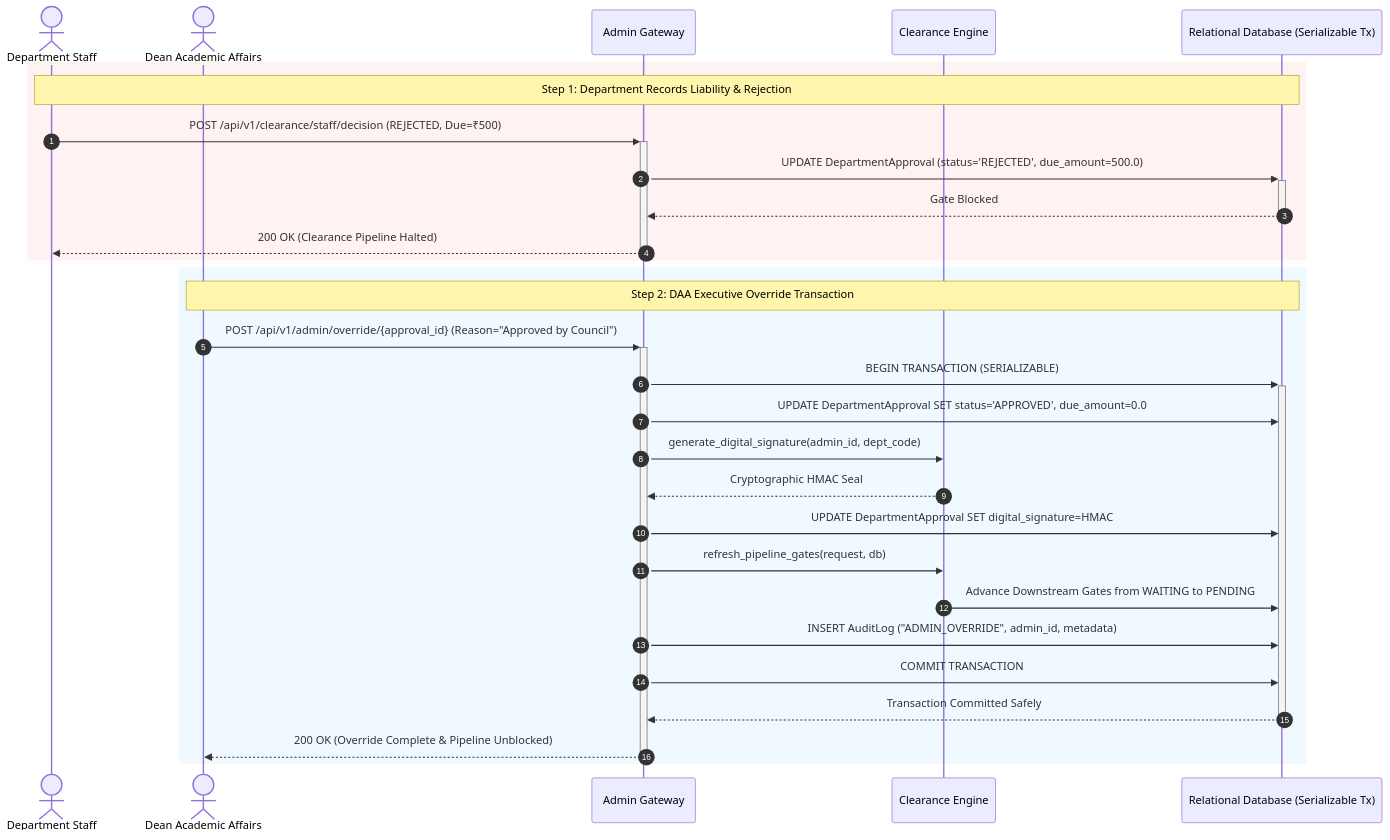
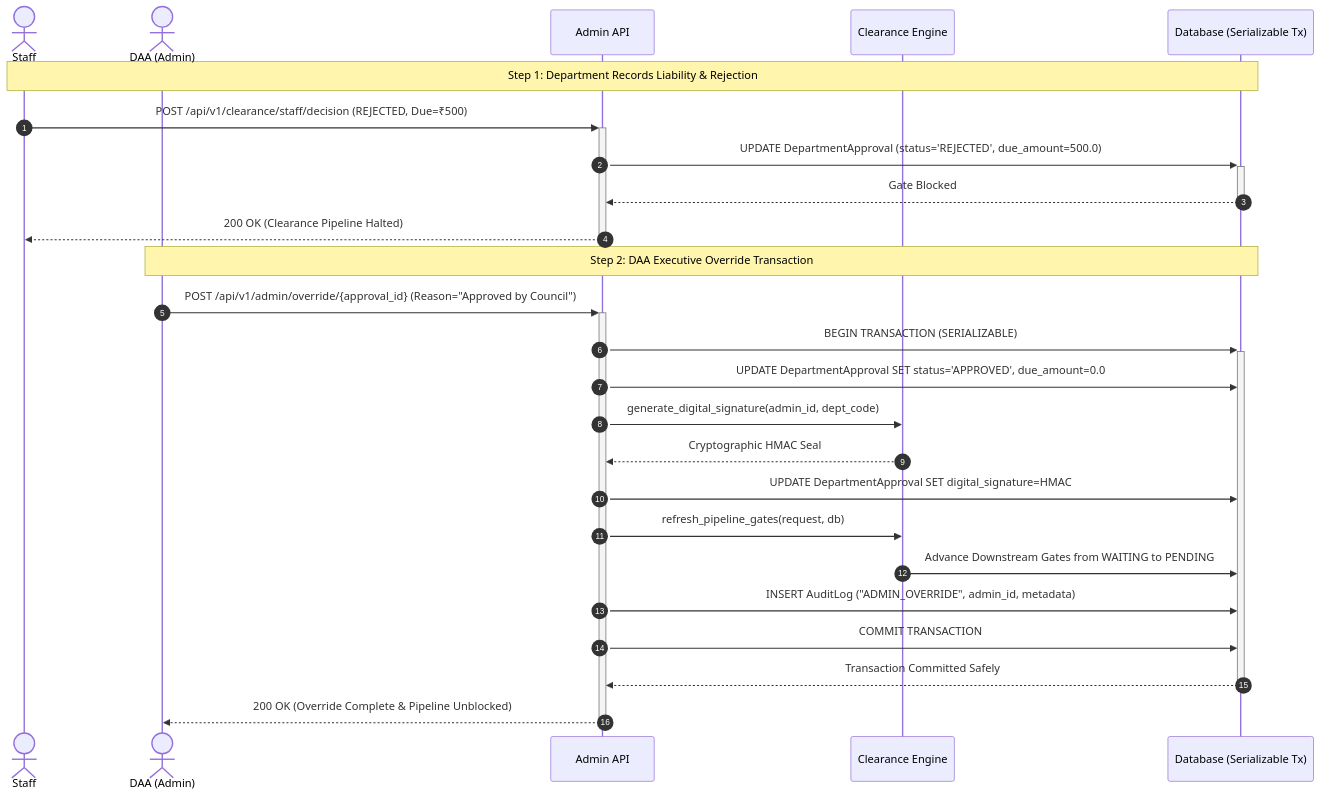
Before and after one commit to rags-git/clearance-automation-engine: the seventh of 9 diagrams in docs/UML_DIAGRAMS.md, drawn with Mermaid. The commit also changed other lines of this file and 1 other file, not shown here.

Commit message:
docs(uml): maximize readability and visual clarity of Sequence Diagrams

````diff
--- a/docs/UML_DIAGRAMS.md
+++ b/docs/UML_DIAGRAMS.md
@@ -457,35 +440,31 @@
 ```mermaid
 sequenceDiagram
     autonumber
-    actor Staff as Department Staff
-    actor DAA as Dean Academic Affairs
-    participant API as Admin Gateway
+    actor Staff as Staff
+    actor DAA as DAA (Admin)
+    participant API as Admin API
     participant CoR as Clearance Engine
-    participant DB as Relational Database (Serializable Tx)
+    participant DB as Database (Serializable Tx)
 
     %% Initial Rejection
-    rect rgb(254, 242, 242)
-        Note over Staff, DB: Step 1: Department Records Liability & Rejection
-        Staff->>+API: POST /api/v1/clearance/staff/decision (REJECTED, Due=₹500)
-        API->>+DB: UPDATE DepartmentApproval (status='REJECTED', due_amount=500.0)
-        DB-->>-API: Gate Blocked
-        API-->>-Staff: 200 OK (Clearance Pipeline Halted)
-    end
+    Note over Staff, DB: Step 1: Department Records Liability & Rejection
+    Staff->>+API: POST /api/v1/clearance/staff/decision (REJECTED, Due=₹500)
+    API->>+DB: UPDATE DepartmentApproval (status='REJECTED', due_amount=500.0)
+    DB-->>-API: Gate Blocked
+    API-->>-Staff: 200 OK (Clearance Pipeline Halted)
 
     %% DAA Executive Override
-    rect rgb(240, 249, 255)
-        Note over DAA, DB: Step 2: DAA Executive Override Transaction
-        DAA->>+API: POST /api/v1/admin/override/{approval_id} (Reason="Approved by Council")
-        API->>+DB: BEGIN TRANSACTION (SERIALIZABLE)
-        API->>DB: UPDATE DepartmentApproval SET status='APPROVED', due_amount=0.0
-        API->>CoR: generate_digital_signature(admin_id, dept_code)
-        CoR-->>API: Cryptographic HMAC Seal
-        API->>DB: UPDATE DepartmentApproval SET digital_signature=HMAC
-        API->>CoR: refresh_pipeline_gates(request, db)
-        CoR->>DB: Advance Downstream Gates from WAITING to PENDING
-        API->>DB: INSERT AuditLog ("ADMIN_OVERRIDE", admin_id, metadata)
-        API->>DB: COMMIT TRANSACTION
-        DB-->>-API: Transaction Committed Safely
-        API-->>-DAA: 200 OK (Override Complete & Pipeline Unblocked)
-    end
+    Note over DAA, DB: Step 2: DAA Executive Override Transaction
+    DAA->>+API: POST /api/v1/admin/override/{approval_id} (Reason="Approved by Council")
+    API->>+DB: BEGIN TRANSACTION (SERIALIZABLE)
+    API->>DB: UPDATE DepartmentApproval SET status='APPROVED', due_amount=0.0
+    API->>CoR: generate_digital_signature(admin_id, dept_code)
+    CoR-->>API: Cryptographic HMAC Seal
+    API->>DB: UPDATE DepartmentApproval SET digital_signature=HMAC
+    API->>CoR: refresh_pipeline_gates(request, db)
+    CoR->>DB: Advance Downstream Gates from WAITING to PENDING
+    API->>DB: INSERT AuditLog ("ADMIN_OVERRIDE", admin_id, metadata)
+    API->>DB: COMMIT TRANSACTION
+    DB-->>-API: Transaction Committed Safely
+    API-->>-DAA: 200 OK (Override Complete & Pipeline Unblocked)
 ```
````
